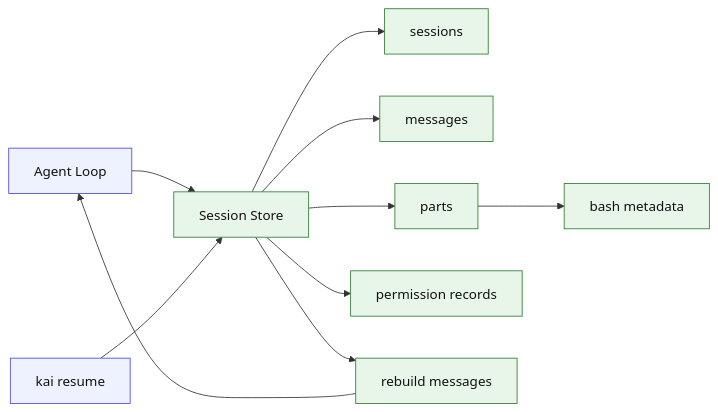
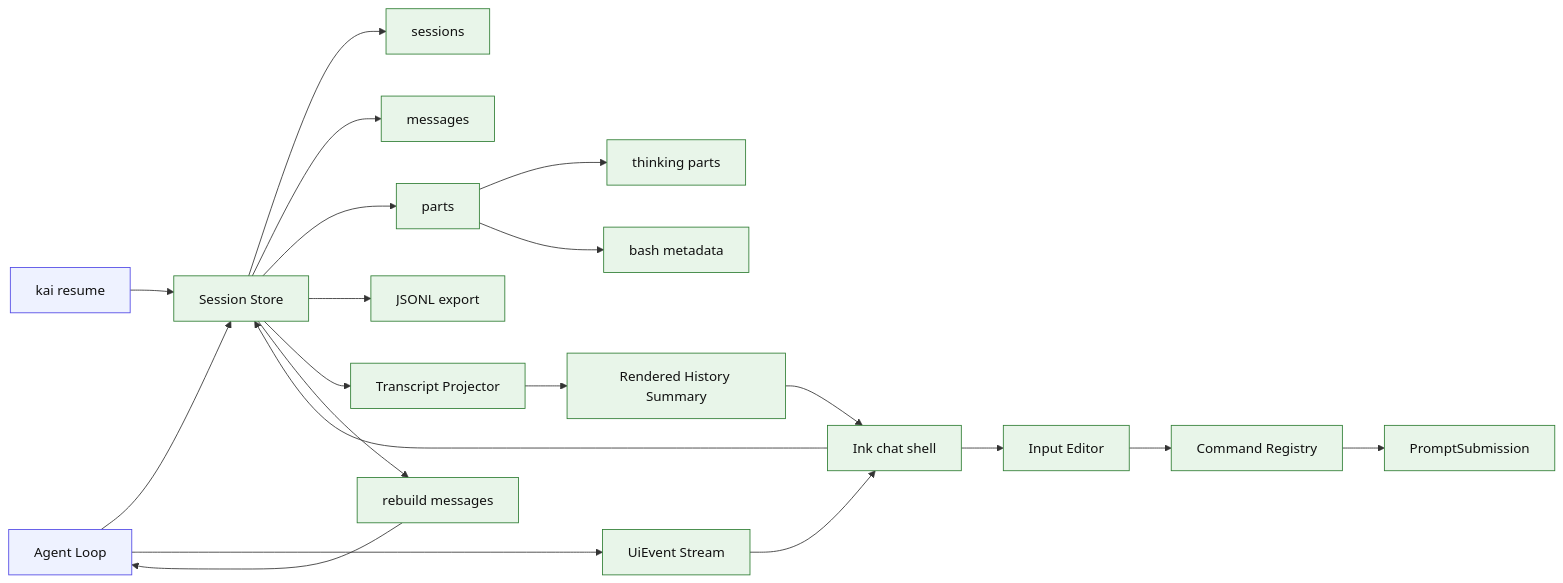
One commit to 1330482928/kai-code-agent changed the diagram in code-agent-roadmap/architecture/diagrams/stage-04.md. Above: the diagram before and after it, drawn with Mermaid. The commit also changed 41 other files, not shown here.

Commit message:
docs(roadmap): refresh staged agent roadmap

````diff
--- a/code-agent-roadmap/architecture/diagrams/stage-04.md
+++ b/code-agent-roadmap/architecture/diagrams/stage-04.md
@@ -3,17 +3,27 @@
 ```mermaid
 flowchart LR
   L["Agent Loop"] --> S["Session Store"]
   S --> Sess["sessions"]
   S --> Msg["messages"]
   S --> Part["parts"]
+  Part --> Thinking["thinking parts"]
   Part --> BashMeta["bash metadata"]
-  S --> Perm["permission records"]
+  S --> Export["JSONL export"]
+  S --> Projector["Transcript Projector"]
   CLI["kai resume"] --> S
+  Chat["Ink chat shell"] --> S
+  Chat --> Input["Input Editor"]
+  Input --> Commands["Command Registry"]
+  Commands --> Submission["PromptSubmission"]
+  Projector --> History["Rendered History Summary"]
+  History --> Chat
   S --> Rebuild["rebuild messages"]
   Rebuild --> L
+  L --> Events["UiEvent Stream"]
+  Events --> Chat
 
   classDef existing fill:#eef2ff,stroke:#4f46e5,color:#111;
   classDef new fill:#e8f5e9,stroke:#2e7d32,color:#111;
   class L,CLI existing;
-  class S,Sess,Msg,Part,BashMeta,Perm,Rebuild new;
+  class S,Sess,Msg,Part,Thinking,BashMeta,Export,Projector,History,Chat,Input,Commands,Submission,Rebuild,Events new;
 ```
````
